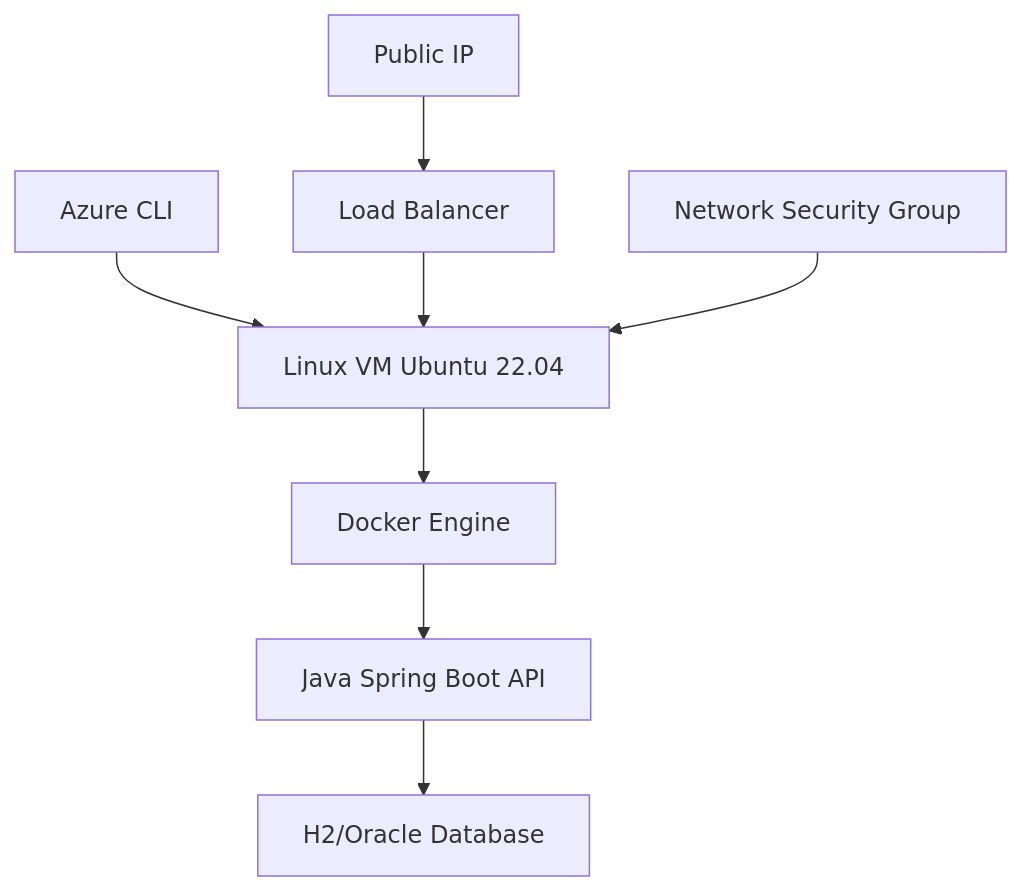
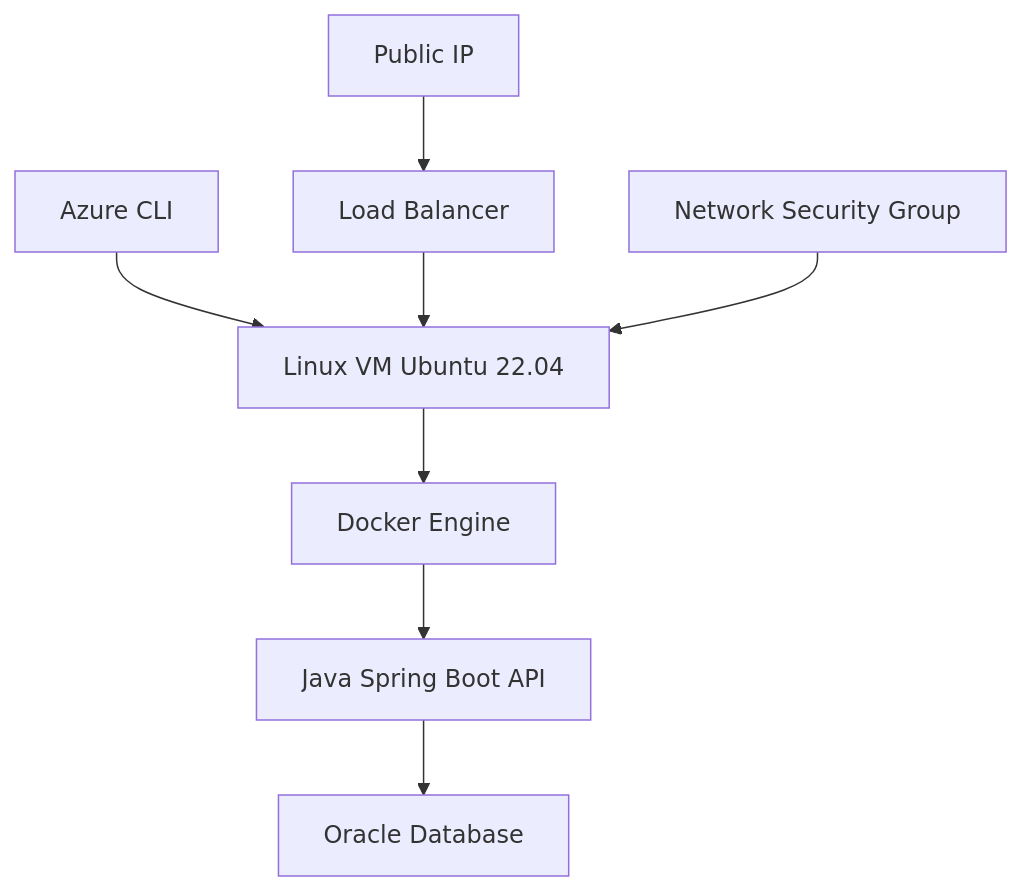
The diagram in README.md (JPAmorimBV/IdeaTec-Devops), drawn with Mermaid before and after one commit.

````diff
--- a/README.md
+++ b/README.md
@@ -40,10 +40,10 @@
 ```mermaid
 graph TB
     A[Azure CLI] --> B[Linux VM Ubuntu 22.04]
     B --> C[Docker Engine]
     C --> D[Java Spring Boot API]
-    D --> E[H2/Oracle Database]
+    D --> E[Oracle Database]
     F[Load Balancer] --> B
     G[Network Security Group] --> B
     H[Public IP] --> F
 ```
````
